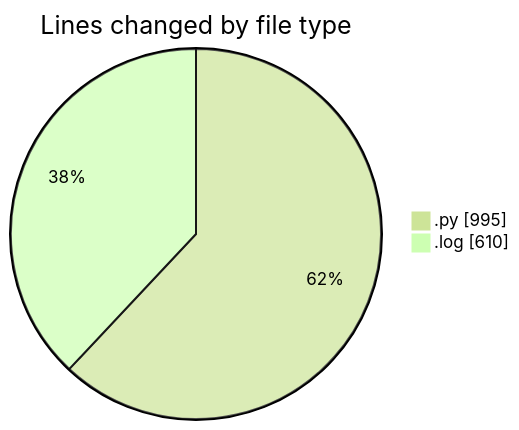
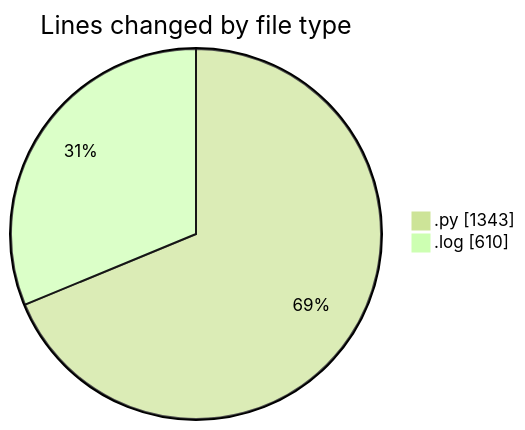
The first of 2 diagrams in 2025-05-07/samplepdf/README.md (momahboobian/code-tracking), drawn with Mermaid (forest theme) before and after one commit. The commit also changed other lines of this file and 1 other file, not shown here.

````diff
--- a/2025-05-07/samplepdf/README.md
+++ b/2025-05-07/samplepdf/README.md
@@ -29,6 +29,6 @@
 ```mermaid
 pie showData
 title Lines changed by file type
-".py" : 995
+".py" : 1343
 ".log" : 610
 ```
````
